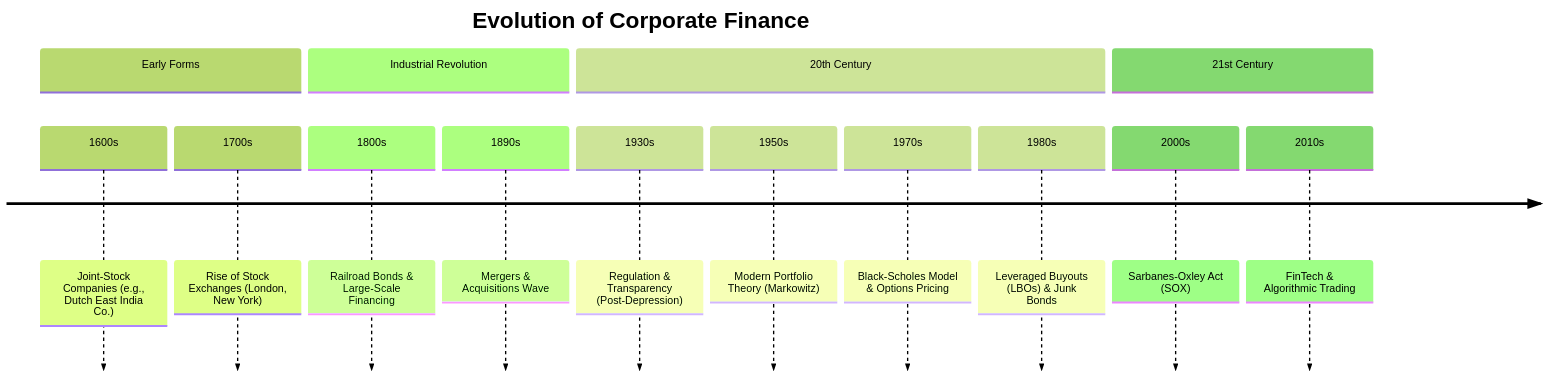
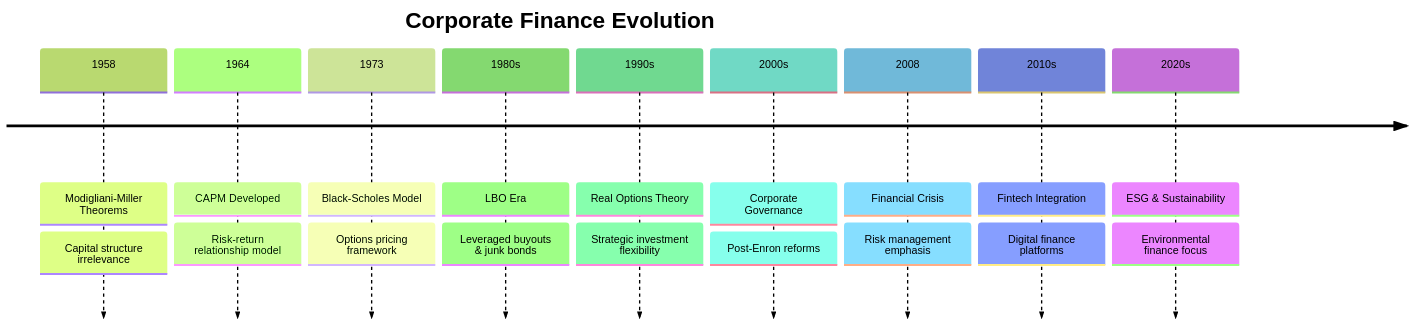
One commit to elidepb/mermaid_corpus changed the diagram in timeline/Business and Administration/markdowns/258_corporate_finance.md. Above: the diagram before and after it, drawn with Mermaid (forest theme). The commit also changed 3129 other files, not shown here.

````diff
--- a/timeline/Business and Administration/markdowns/258_corporate_finance.md
+++ b/timeline/Business and Administration/markdowns/258_corporate_finance.md
@@ -1,18 +1,22 @@
 ```mermaid
 timeline
-    title Evolution of Corporate Finance
-    section Early Forms
-        1600s : Joint-Stock Companies (e.g., Dutch East India Co.)
-        1700s : Rise of Stock Exchanges (London, New York)
-    section Industrial Revolution
-        1800s : Railroad Bonds & Large-Scale Financing
-        1890s : Mergers & Acquisitions Wave
-    section 20th Century
-        1930s : Regulation & Transparency (Post-Depression)
-        1950s : Modern Portfolio Theory (Markowitz)
-        1970s : Black-Scholes Model & Options Pricing
-        1980s : Leveraged Buyouts (LBOs) & Junk Bonds
-    section 21st Century
-        2000s : Sarbanes-Oxley Act (SOX)
-        2010s : FinTech & Algorithmic Trading
+    title Corporate Finance Evolution
+    1958 : Modigliani-Miller Theorems
+         : Capital structure irrelevance
+    1964 : CAPM Developed
+         : Risk-return relationship model
+    1973 : Black-Scholes Model
+         : Options pricing framework
+    1980s : LBO Era
+          : Leveraged buyouts & junk bonds
+    1990s : Real Options Theory
+          : Strategic investment flexibility
+    2000s : Corporate Governance
+          : Post-Enron reforms
+    2008 : Financial Crisis
+         : Risk management emphasis
+    2010s : Fintech Integration
+          : Digital finance platforms
+    2020s : ESG & Sustainability
+          : Environmental finance focus
 ```
````
